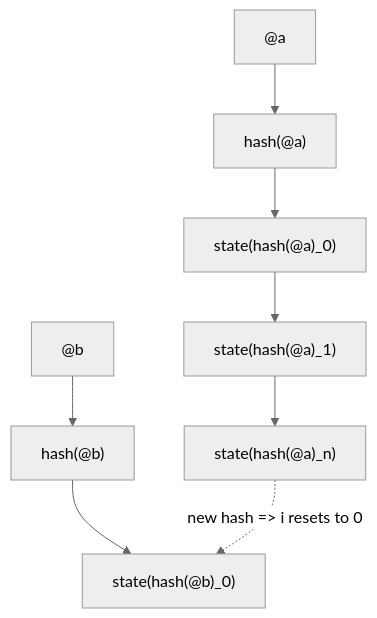
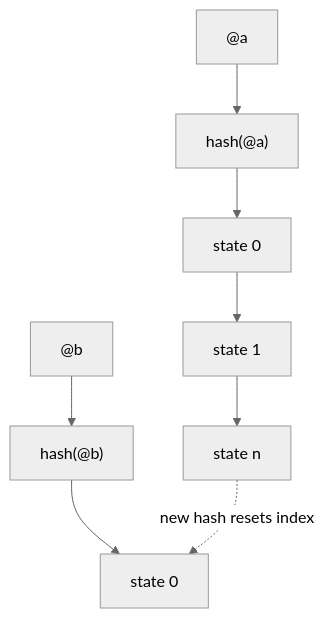
Before and after one commit to flipoyo/ComplexGitSync: diagram 32 of 37 in @CGS.md, drawn with Mermaid (neutral theme). The commit also changed other lines of this file, not shown here.

````diff
--- a/@CGS.md
+++ b/@CGS.md
@@ -934,22 +917,23 @@
 ```mermaid
 flowchart TB
-    AT1["@a"]
-    HASH1["hash(@a)"]
-    S10["state(hash(@a)_0)"]
-    S11["state(hash(@a)_1)"]
-    S1N["state(hash(@a)_n)"]
+    A1["@a"]
+    H1["hash(@a)"]
 
-    AT2["@b"]
-    HASH2["hash(@b)"]
-    S20["state(hash(@b)_0)"]
+    S10["state 0"]
+    S11["state 1"]
+    S1N["state n"]
 
-    AT1 --> HASH1
-    HASH1 --> S10
+    A2["@b"]
+    H2["hash(@b)"]
+    S20["state 0"]
+
+    A1 --> H1
+    H1 --> S10
     S10 --> S11
     S11 --> S1N
 
-    AT2 --> HASH2
-    HASH2 --> S20
+    A2 --> H2
+    H2 --> S20
 
-    S1N -. "new hash => i resets to 0" .-> S20
+    S1N -. "new hash resets index" .-> S20
 ```
````
